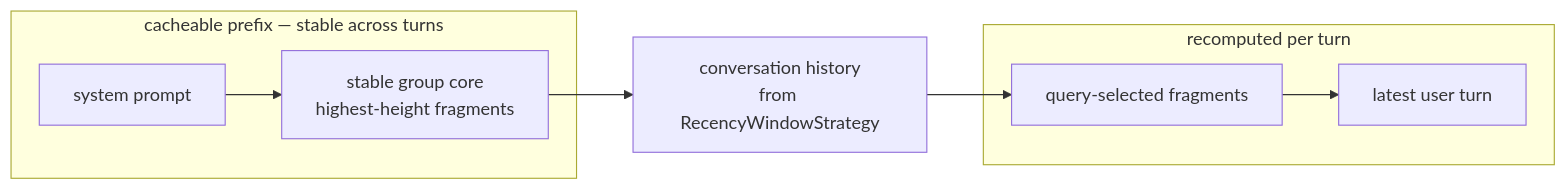
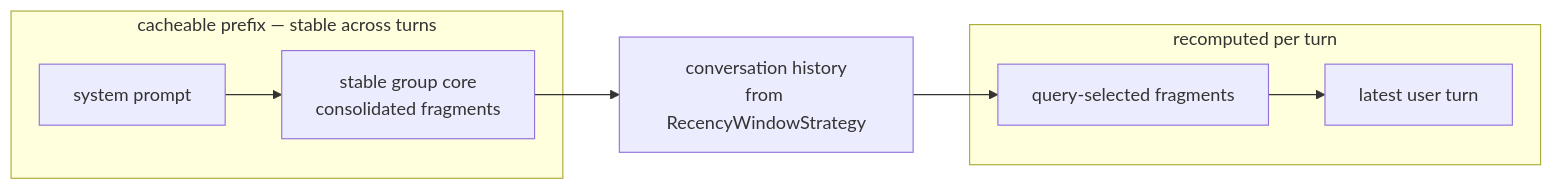
One commit to Alorcus/agent_project changed the eighth of 11 diagrams in docs/plans/memory-and-groups.md. Above: the diagram before and after it, drawn with Mermaid. The commit also changed other lines of this file, not shown here.

````diff
--- a/docs/plans/memory-and-groups.md
+++ b/docs/plans/memory-and-groups.md
@@ -588,17 +600,17 @@
 ```mermaid
 flowchart LR
-    A["system prompt"] --> B["stable group core<br/>highest-height fragments"]
+    A["system prompt"] --> B["stable group core<br/>consolidated fragments"]
     B --> C["conversation history<br/>from RecencyWindowStrategy"]
     C --> D["query-selected fragments"]
     D --> E["latest user turn"]
 
     subgraph CACHE["cacheable prefix — stable across turns"]
         A
         B
     end
 
     subgraph VOL["recomputed per turn"]
         D
         E
     end
 ```
````
